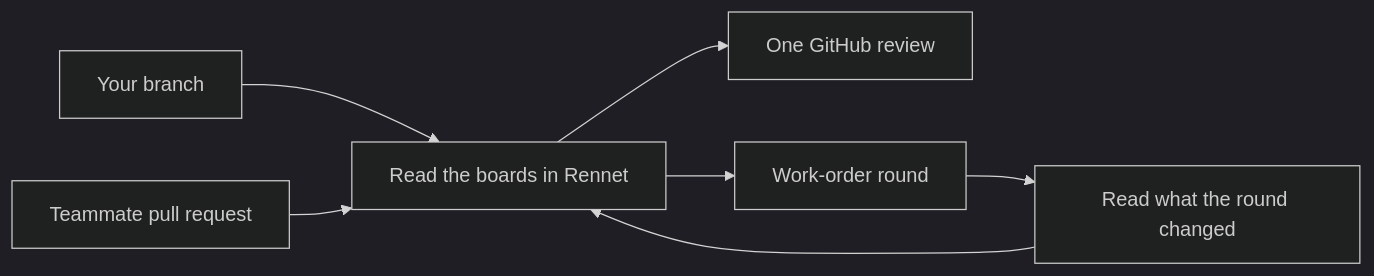
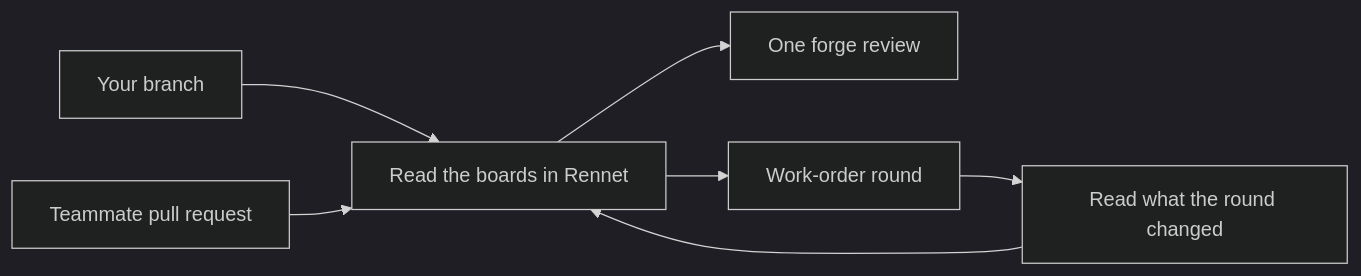
One commit to rbutera/Rennet changed the diagram in docs/using/index.md. Above: the diagram before and after it, drawn with Mermaid (dark theme). The commit also changed other lines of this file and 30 other files, not shown here.

Commit message:
feat: add GitLab forge operations

````diff
--- a/docs/using/index.md
+++ b/docs/using/index.md
@@ -25,9 +25,9 @@
 ```mermaid
 flowchart LR
   yours[Your branch] --> review[Read the boards in Rennet]
   team[Teammate pull request] --> review
-  review --> github[One GitHub review]
+  review --> github[One forge review]
   review --> round[Work-order round]
   round --> delta[Read what the round changed]
   delta --> review
 ```
````
